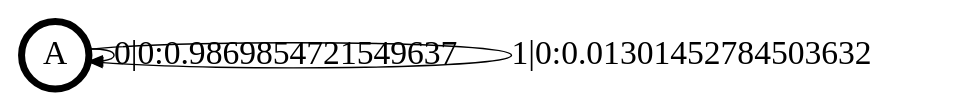
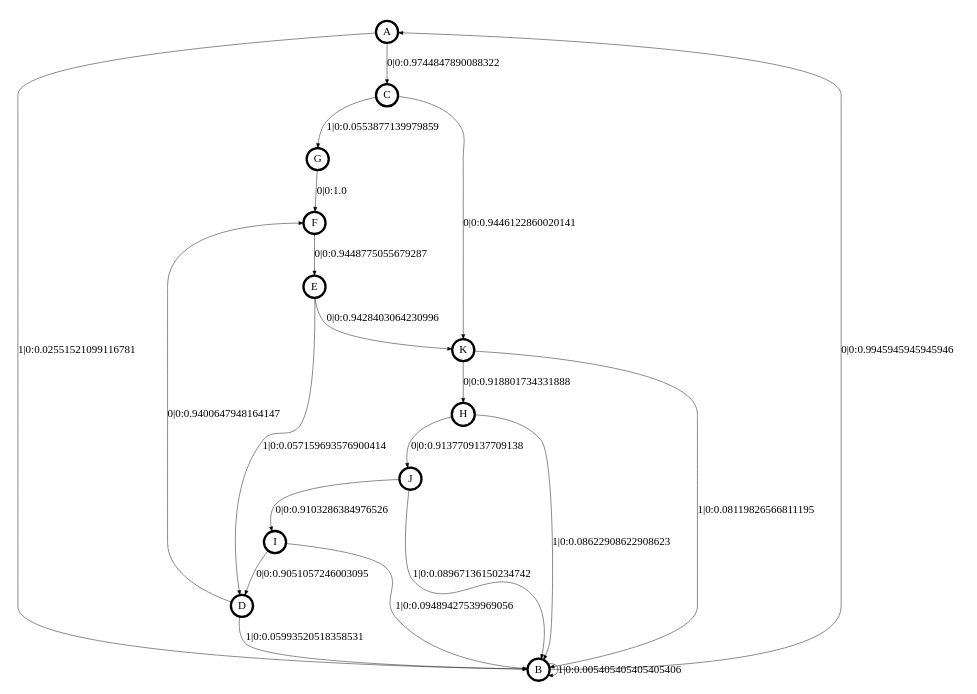
Before and after one commit to OdalysBar/HonorsThesis-TikTok: the diagram in transCSSR-master/transCSSR_results/+user4.dot, drawn with Graphviz. The commit also changed 275 other files, not shown here.

```diff
--- a/transCSSR-master/transCSSR_results/+user4.dot
+++ b/transCSSR-master/transCSSR_results/+user4.dot
@@ -1,14 +1,32 @@
 digraph  {
 size = "6,8.5";
 ratio = "fill";
 node
 [shape = circle];
 node [fontsize = 24];
 node [penwidth = 5];
 edge [fontsize = 24];
 node [fontname = "CMU Serif Roman"];
 graph [fontname = "CMU Serif Roman"];
 edge [fontname = "CMU Serif Roman"];
-A -> A [label = "0|0:0.9869854721549637\l"];
-A -> A [label = "1|0:0.01301452784503632\l"];
+A -> B [label = "1|0:0.02551521099116781\l"];
+A -> C [label = "0|0:0.9744847890088322\l"];
+B -> A [label = "0|0:0.9945945945945946\l"];
+B -> B [label = "1|0:0.005405405405405406\l"];
+C -> G [label = "1|0:0.0553877139979859\l"];
+C -> K [label = "0|0:0.9446122860020141\l"];
+D -> B [label = "1|0:0.05993520518358531\l"];
+D -> F [label = "0|0:0.9400647948164147\l"];
+E -> D [label = "1|0:0.057159693576900414\l"];
+E -> K [label = "0|0:0.9428403064230996\l"];
+F -> E [label = "0|0:0.9448775055679287\l"];
+G -> F [label = "0|0:1.0\l"];
+H -> B [label = "1|0:0.08622908622908623\l"];
+H -> J [label = "0|0:0.9137709137709138\l"];
+I -> B [label = "1|0:0.09489427539969056\l"];
+I -> D [label = "0|0:0.9051057246003095\l"];
+J -> B [label = "1|0:0.08967136150234742\l"];
+J -> I [label = "0|0:0.9103286384976526\l"];
+K -> B [label = "1|0:0.08119826566811195\l"];
+K -> H [label = "0|0:0.918801734331888\l"];
 }
```
